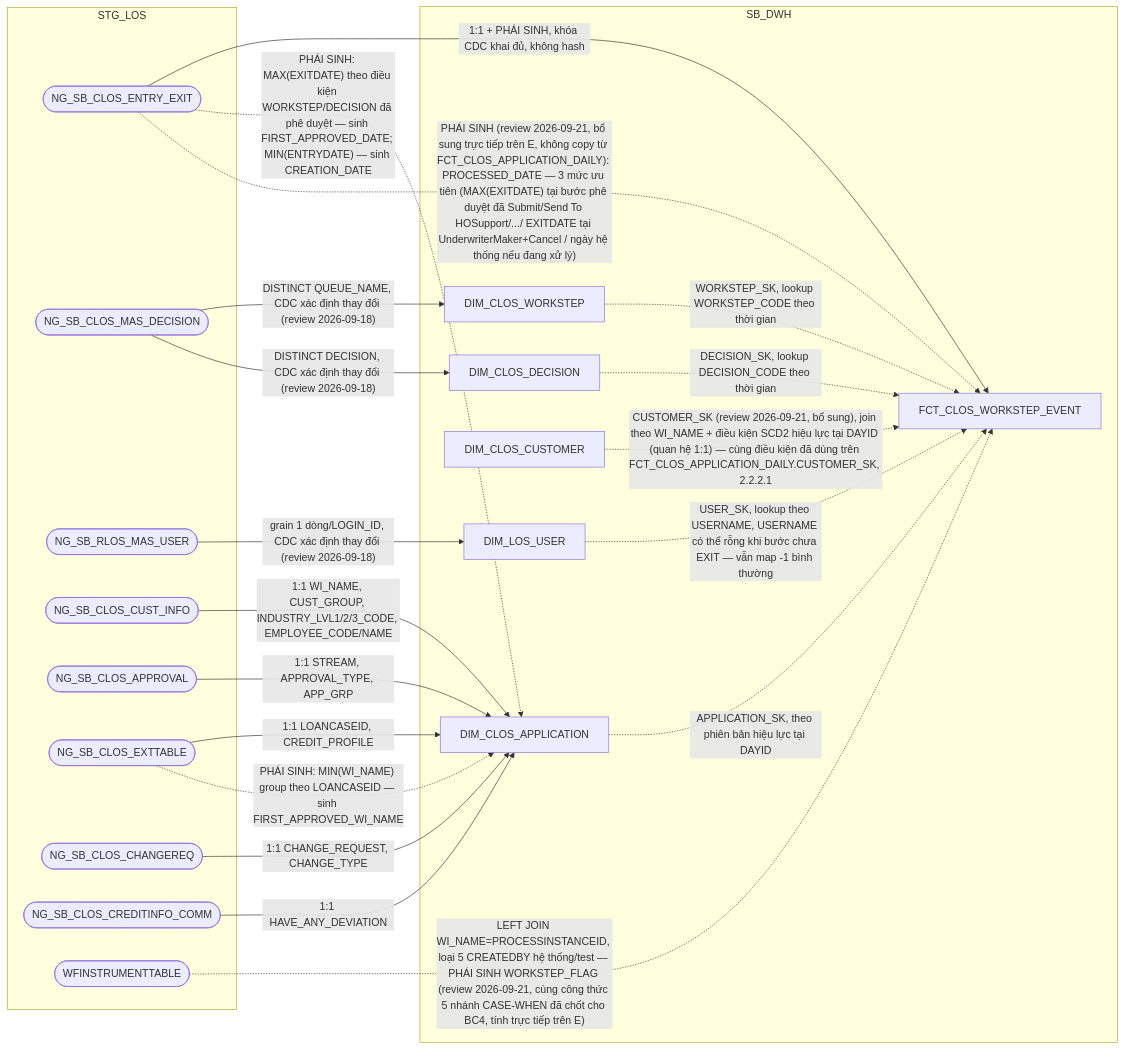
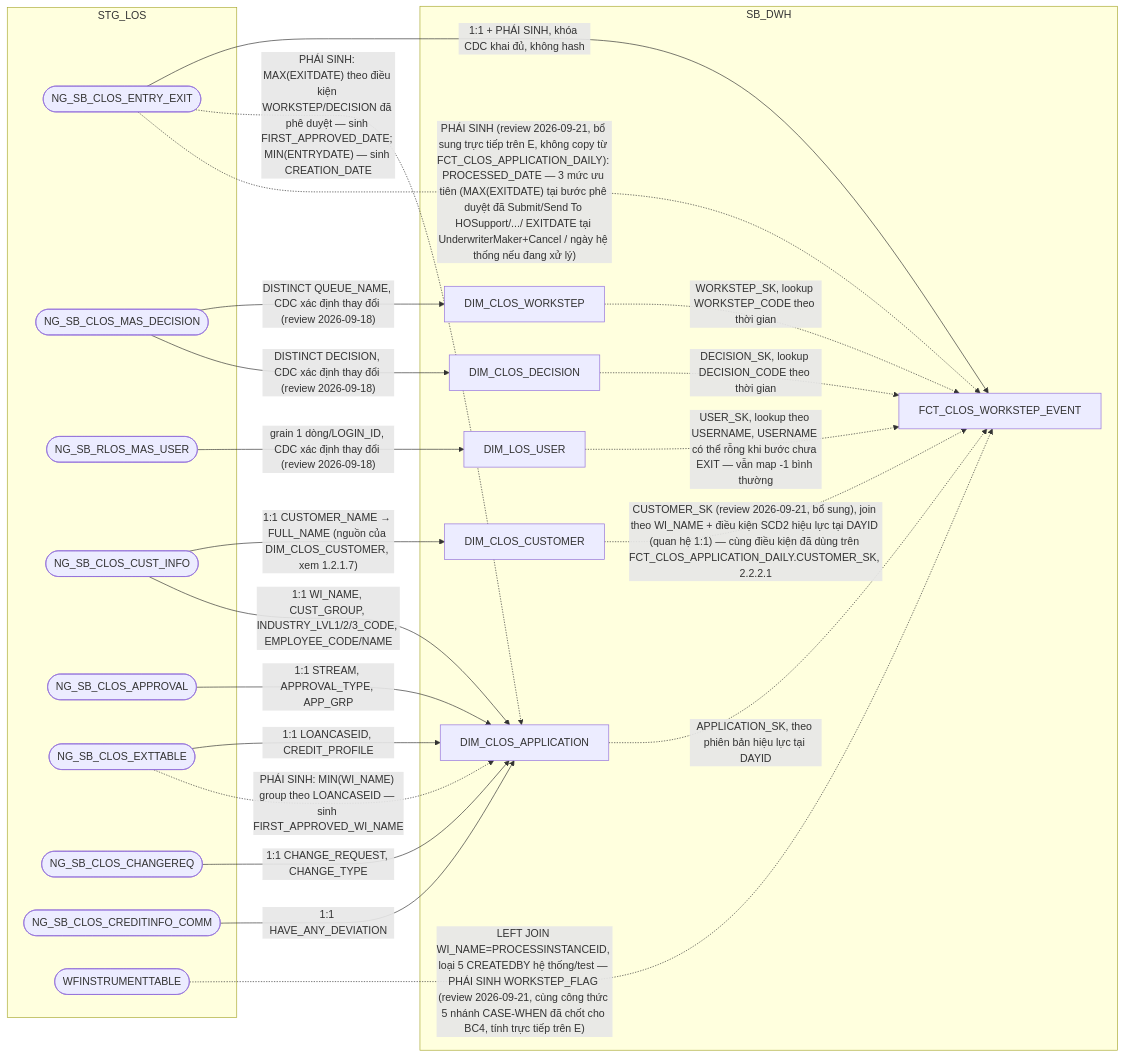
The sixth of 13 diagrams in hld/HLD_FCT_SB_DWH.md (chien1198/sb-mapping-gen), drawn with Mermaid before and after one commit. The commit also changed other lines of this file and 113 other files, not shown here.

````diff
--- a/hld/HLD_FCT_SB_DWH.md
+++ b/hld/HLD_FCT_SB_DWH.md
@@ -529,40 +554,41 @@
 ```mermaid
 flowchart LR
     subgraph STG_LOS
         A(["NG_SB_CLOS_ENTRY_EXIT"])
         MW(["NG_SB_CLOS_MAS_DECISION"])
         U(["NG_SB_RLOS_MAS_USER"])
         H(["NG_SB_CLOS_CUST_INFO"])
         I(["NG_SB_CLOS_APPROVAL"])
         J(["NG_SB_CLOS_EXTTABLE"])
         K1(["NG_SB_CLOS_CHANGEREQ"])
         N(["NG_SB_CLOS_CREDITINFO_COMM"])
         WF(["WFINSTRUMENTTABLE"])
     end
     subgraph SB_DWH
         WS["DIM_CLOS_WORKSTEP"]
         DC["DIM_CLOS_DECISION"]
         US["DIM_LOS_USER"]
         AP["DIM_CLOS_APPLICATION"]
         KC["DIM_CLOS_CUSTOMER"]
         E["FCT_CLOS_WORKSTEP_EVENT"]
     end
     A -->|1:1 + PHÁI SINH, khóa CDC khai đủ, không hash| E
     WS -.->|WORKSTEP_SK, lookup WORKSTEP_CODE theo thời gian| E
     DC -.->|DECISION_SK, lookup DECISION_CODE theo thời gian| E
     US -.->|USER_SK, lookup theo USERNAME, USERNAME có thể rỗng khi bước chưa EXIT — vẫn map -1 bình thường| E
     AP -.->|APPLICATION_SK, theo phiên bản hiệu lực tại DAYID| E
     KC -.->|"CUSTOMER_SK (review 2026-09-21, bổ sung), join theo WI_NAME + điều kiện SCD2 hiệu lực tại DAYID (quan hệ 1:1) — cùng điều kiện đã dùng trên FCT_CLOS_APPLICATION_DAILY.CUSTOMER_SK, 2.2.2.1"| E
     MW -->|"DISTINCT QUEUE_NAME, CDC xác định thay đổi (review 2026-09-18)"| WS
     MW -->|"DISTINCT DECISION, CDC xác định thay đổi (review 2026-09-18)"| DC
     U -->|"grain 1 dòng/LOGIN_ID, CDC xác định thay đổi (review 2026-09-18)"| US
+    H -->|"1:1 CUSTOMER_NAME → FULL_NAME (nguồn của DIM_CLOS_CUSTOMER, xem 1.2.1.7)"| KC
     H -->|1:1 WI_NAME, CUST_GROUP, INDUSTRY_LVL1/2/3_CODE, EMPLOYEE_CODE/NAME| AP
     I -->|1:1 STREAM, APPROVAL_TYPE, APP_GRP| AP
     J -->|1:1 LOANCASEID, CREDIT_PROFILE| AP
     J -.->|"PHÁI SINH: MIN(WI_NAME) group theo LOANCASEID — sinh FIRST_APPROVED_WI_NAME"| AP
     K1 -->|1:1 CHANGE_REQUEST, CHANGE_TYPE| AP
     A -.->|"PHÁI SINH: MAX(EXITDATE) theo điều kiện WORKSTEP/DECISION đã phê duyệt — sinh FIRST_APPROVED_DATE; MIN(ENTRYDATE) — sinh CREATION_DATE"| AP
     N -->|1:1 HAVE_ANY_DEVIATION| AP
     A -.->|"PHÁI SINH (review 2026-09-21, bổ sung trực tiếp trên E, không copy từ FCT_CLOS_APPLICATION_DAILY): PROCESSED_DATE — 3 mức ưu tiên (MAX(EXITDATE) tại bước phê duyệt đã Submit/Send To HOSupport/.../ EXITDATE tại UnderwriterMaker+Cancel / ngày hệ thống nếu đang xử lý)"| E
     WF -.->|"LEFT JOIN WI_NAME=PROCESSINSTANCEID, loại 5 CREATEDBY hệ thống/test — PHÁI SINH WORKSTEP_FLAG (review 2026-09-21, cùng công thức 5 nhánh CASE-WHEN đã chốt cho BC4, tính trực tiếp trên E)"| E
 ```
````
